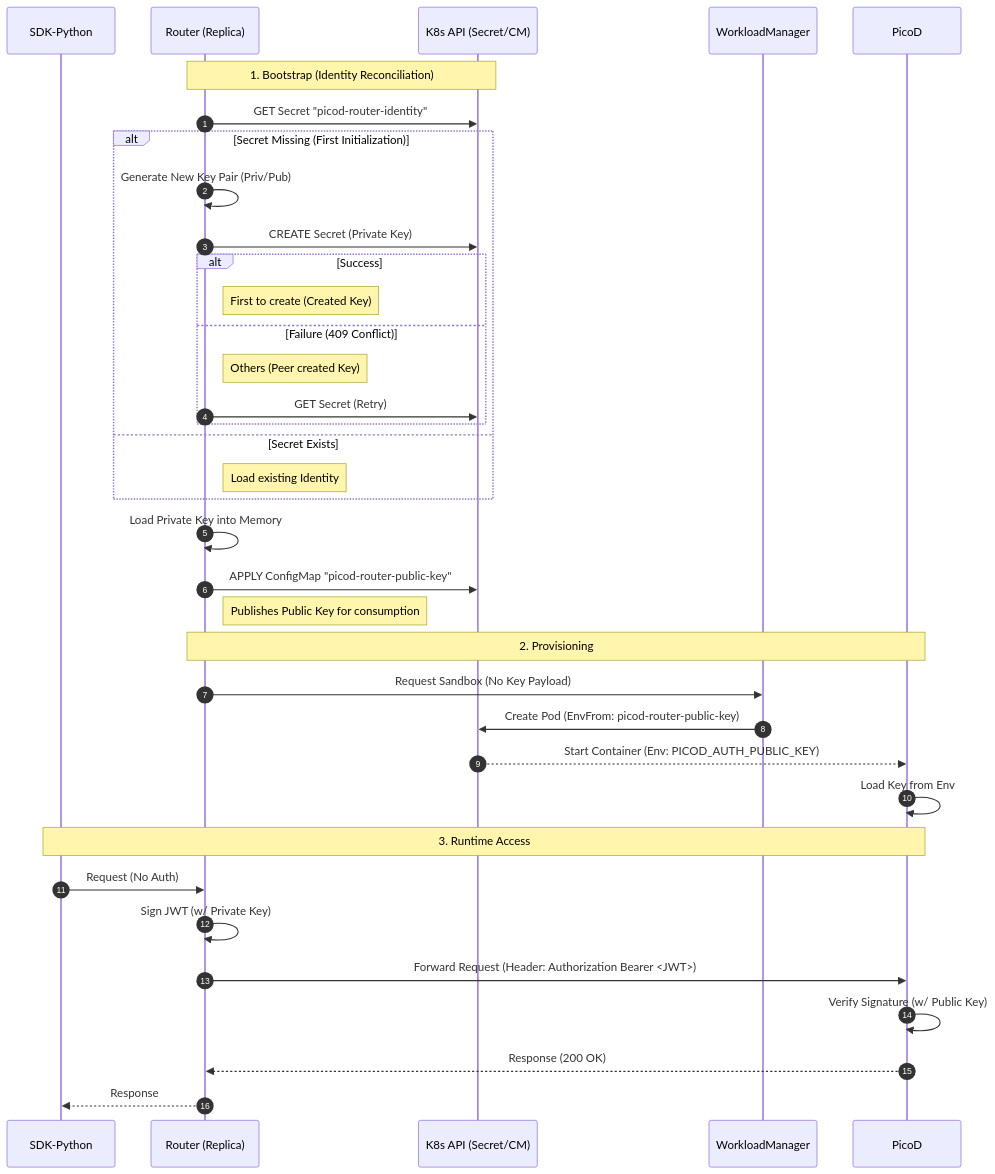
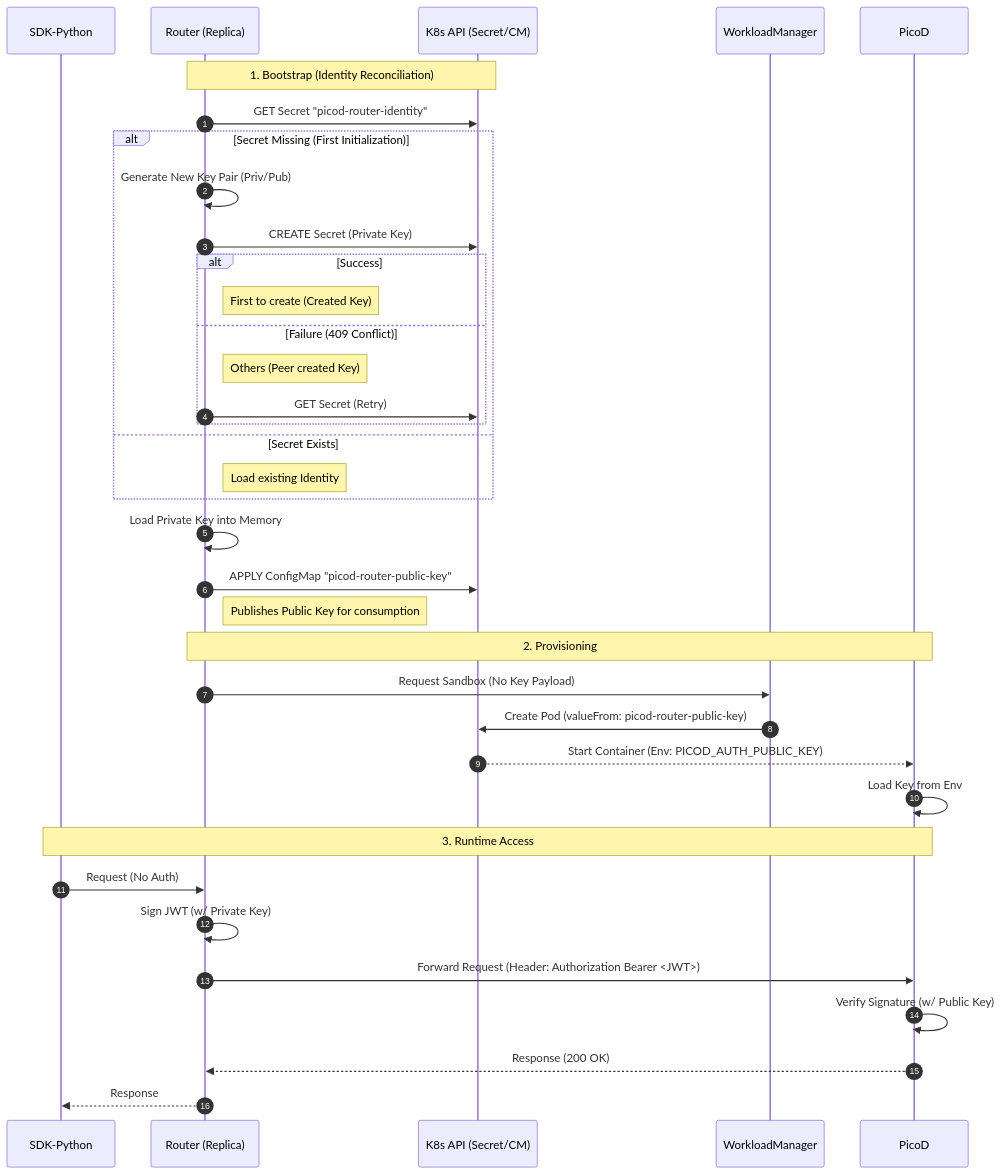
The diagram in docs/design/PicoD-Plain-Authentication-Design.md (volcano-sh/agentcube), drawn with Mermaid before and after one commit. The commit also changed other lines of this file, not shown here.

````diff
--- a/docs/design/PicoD-Plain-Authentication-Design.md
+++ b/docs/design/PicoD-Plain-Authentication-Design.md
@@ -74,44 +74,44 @@
 ```mermaid
 sequenceDiagram
     autonumber
     participant SDK as SDK-Python
     participant Router as Router (Replica)
     participant K8s as K8s API (Secret/CM)
     participant WM as WorkloadManager
     participant PicoD as PicoD
 
     Note over Router, K8s: 1. Bootstrap (Identity Reconciliation)
     Router->>K8s: GET Secret "picod-router-identity"
     
     alt Secret Missing (First Initialization)
         Router->>Router: Generate New Key Pair (Priv/Pub)
         Router->>K8s: CREATE Secret (Private Key)
         
         alt Success
             Note right of Router: First to create (Created Key)
         else Failure (409 Conflict)
             Note right of Router: Others (Peer created Key)
             Router->>K8s: GET Secret (Retry)
         end
     else Secret Exists
         Note right of Router: Load existing Identity
     end
 
     Router->>Router: Load Private Key into Memory
     Router->>K8s: APPLY ConfigMap "picod-router-public-key"
     Note right of Router: Publishes Public Key for consumption
 
     Note over Router, PicoD: 2. Provisioning
     Router->>WM: Request Sandbox (No Key Payload)
-    WM->>K8s: Create Pod (EnvFrom: picod-router-public-key)
+    WM->>K8s: Create Pod (valueFrom: picod-router-public-key)
     K8s-->>PicoD: Start Container (Env: PICOD_AUTH_PUBLIC_KEY)
     PicoD->>PicoD: Load Key from Env
 
     Note over SDK, PicoD: 3. Runtime Access
     SDK->>Router: Request (No Auth)
     Router->>Router: Sign JWT (w/ Private Key)
     Router->>PicoD: Forward Request (Header: Authorization Bearer <JWT>)
     PicoD->>PicoD: Verify Signature (w/ Public Key)
     PicoD-->>Router: Response (200 OK)
     Router-->>SDK: Response
 ```
````
